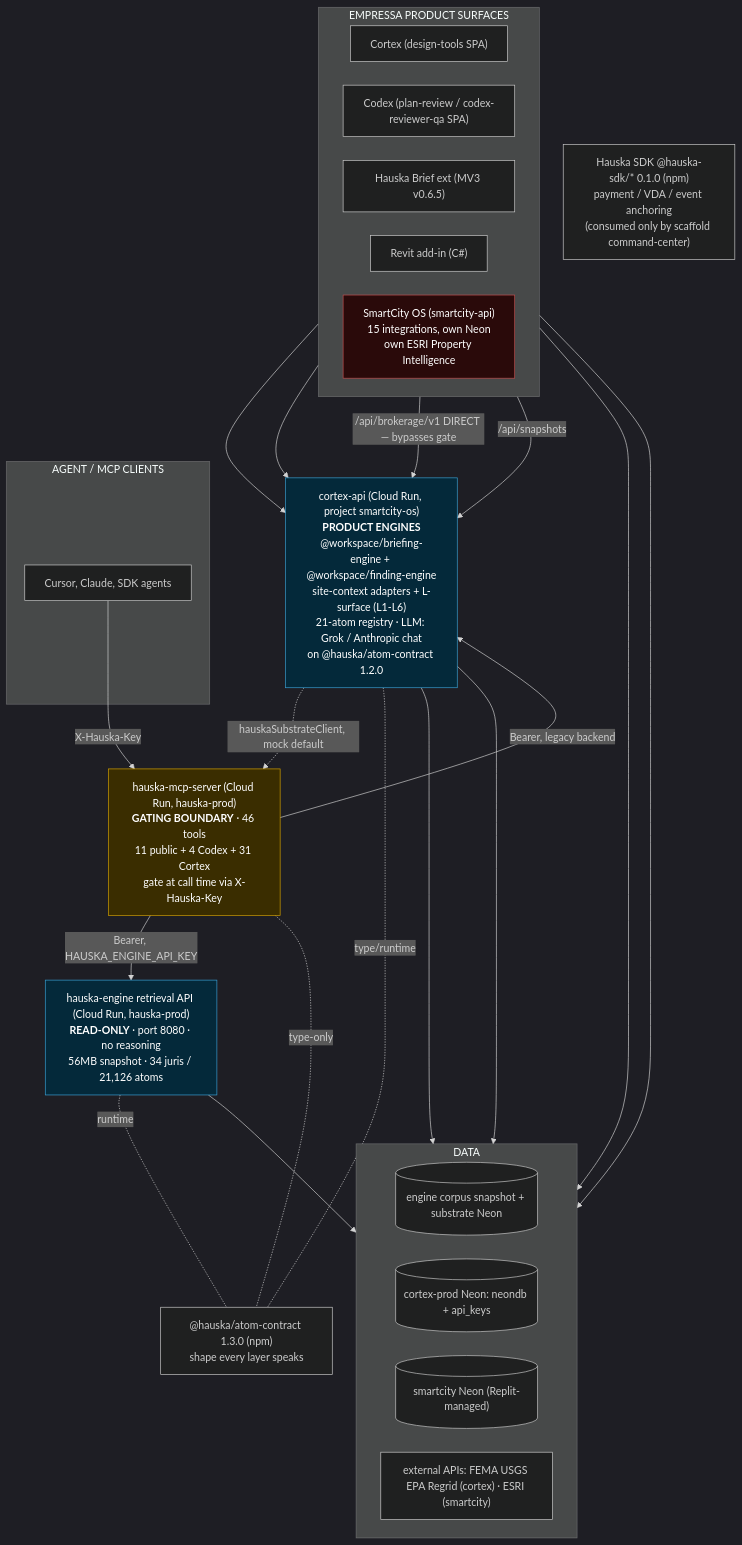
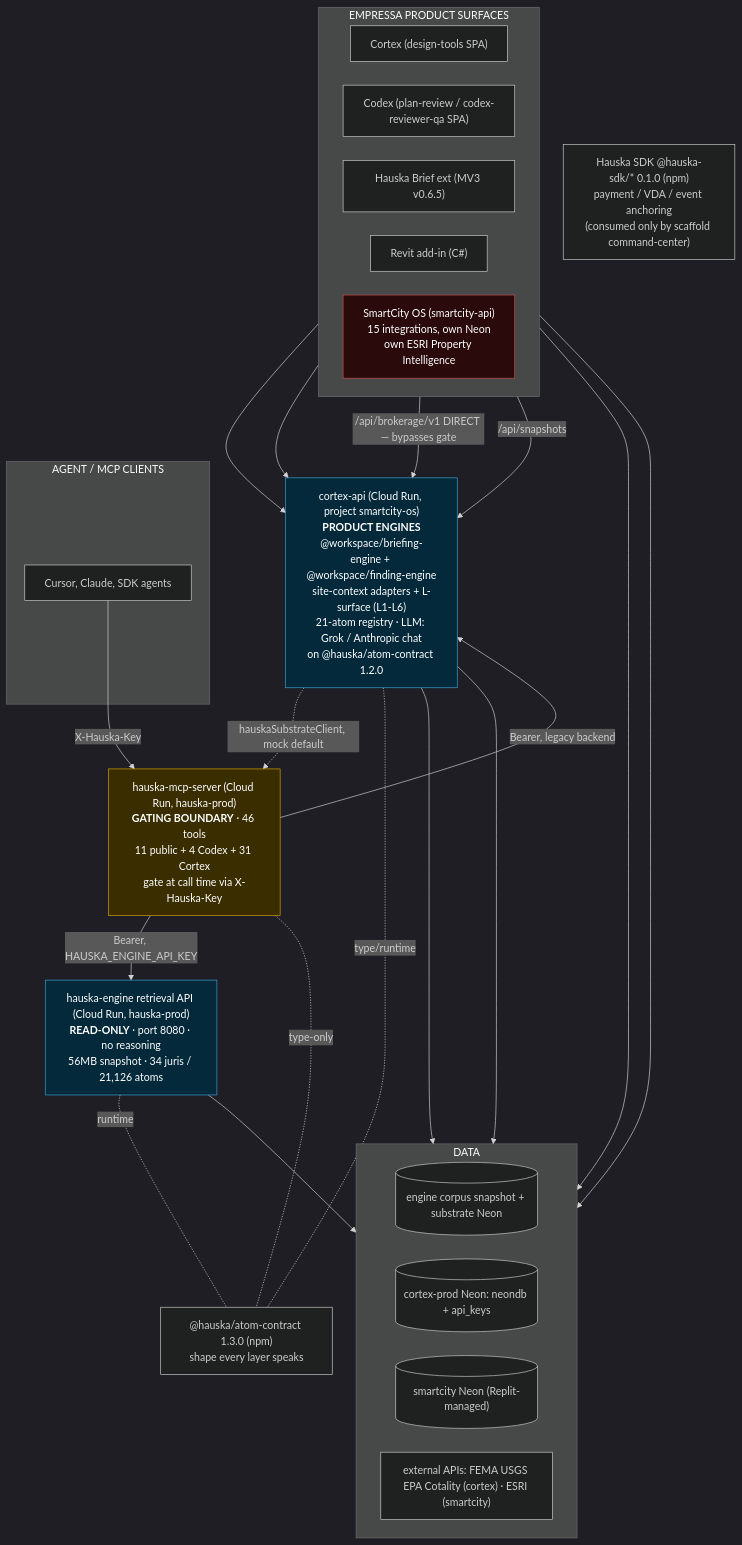
The first of 5 diagrams in 00c_portfolio_master_map.md (empressaioemail-tech/doc_repo), drawn with Mermaid before and after one commit. The commit also changed other lines of this file and 22 other files, not shown here.

First line of the commit message:
docs: 2026-06-21 calibrated spine roadmap + Wave 1 closes; Regrid->Cotality scrub

````diff
--- a/00c_portfolio_master_map.md
+++ b/00c_portfolio_master_map.md
@@ -37,59 +37,59 @@
 ```mermaid
 %%{init: {'theme': 'dark', 'flowchart': {'nodeSpacing': 36, 'rankSpacing': 50}}}%%
 flowchart TB
     subgraph EMP["EMPRESSA PRODUCT SURFACES"]
         direction LR
         DT["Cortex (design-tools SPA)"]
         PR["Codex (plan-review / codex-reviewer-qa SPA)"]
         BX["Hauska Brief ext (MV3 v0.6.5)"]
         RS["Revit add-in (C#)"]
         SC["SmartCity OS (smartcity-api)<br/>15 integrations, own Neon<br/>own ESRI Property Intelligence"]
     end
 
     subgraph CLIENTS["AGENT / MCP CLIENTS"]
         MCPC["Cursor, Claude, SDK agents"]
     end
 
     CORTEX["cortex-api (Cloud Run, project smartcity-os)<br/><b>PRODUCT ENGINES</b><br/>@workspace/briefing-engine + @workspace/finding-engine<br/>site-context adapters + L-surface (L1-L6)<br/>21-atom registry · LLM: Grok / Anthropic chat<br/>on @hauska/atom-contract 1.2.0"]
 
     MCP["hauska-mcp-server (Cloud Run, hauska-prod)<br/><b>GATING BOUNDARY</b> · 46 tools<br/>11 public + 4 Codex + 31 Cortex<br/>gate at call time via X-Hauska-Key"]
 
     ENGINE["hauska-engine retrieval API (Cloud Run, hauska-prod)<br/><b>READ-ONLY</b> · port 8080 · no reasoning<br/>56MB snapshot · 34 juris / 21,126 atoms"]
 
     CONTRACT["@hauska/atom-contract 1.3.0 (npm)<br/>shape every layer speaks"]
     SDK["Hauska SDK @hauska-sdk/* 0.1.0 (npm)<br/>payment / VDA / event anchoring<br/>(consumed only by scaffold command-center)"]
 
     subgraph DATA["DATA"]
         direction LR
         CORPUS[("engine corpus snapshot + substrate Neon")]
         CNEON[("cortex-prod Neon: neondb + api_keys")]
         SNEON[("smartcity Neon (Replit-managed)")]
-        EXT["external APIs: FEMA USGS EPA Regrid (cortex) · ESRI (smartcity)"]
+        EXT["external APIs: FEMA USGS EPA Cotality (cortex) · ESRI (smartcity)"]
     end
 
     DT --> CORTEX
     PR --> CORTEX
     BX -->|"/api/brokerage/v1 DIRECT — bypasses gate"| CORTEX
     RS -->|"/api/snapshots"| CORTEX
     MCPC -->|X-Hauska-Key| MCP
 
     MCP -->|Bearer, legacy backend| CORTEX
     MCP -->|Bearer, HAUSKA_ENGINE_API_KEY| ENGINE
     CORTEX -.->|hauskaSubstrateClient, mock default| MCP
 
     CORTEX --> CNEON
     CORTEX --> EXT
     ENGINE --> CORPUS
     SC --> SNEON
     SC --> EXT
     CORTEX -. type/runtime .- CONTRACT
     MCP -. type-only .- CONTRACT
     ENGINE -. runtime .- CONTRACT
 
     classDef live fill:#04293a,stroke:#3aa0d4,color:#fff;
     classDef gate fill:#3a2d00,stroke:#d4a200,color:#fff;
     classDef island fill:#2a0a0a,stroke:#c05050,color:#fff;
     class CORTEX,ENGINE live;
     class MCP gate;
     class SC island;
 ```
````
